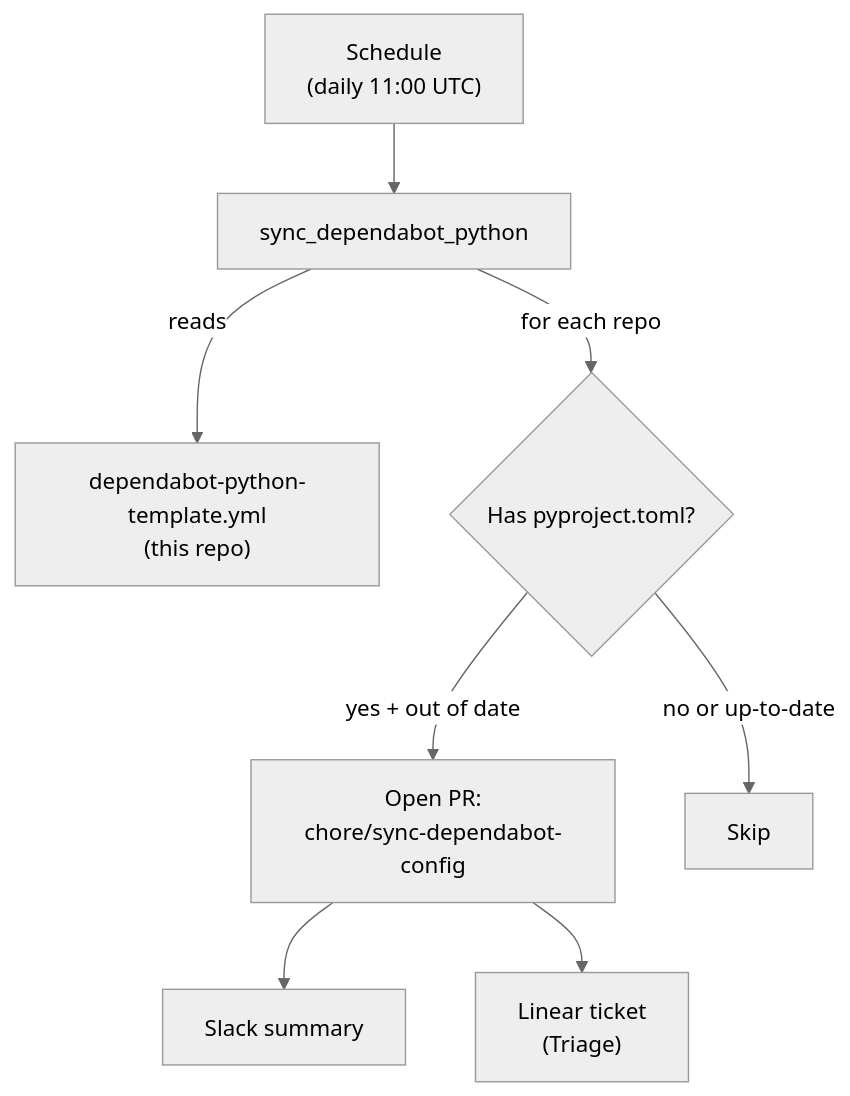
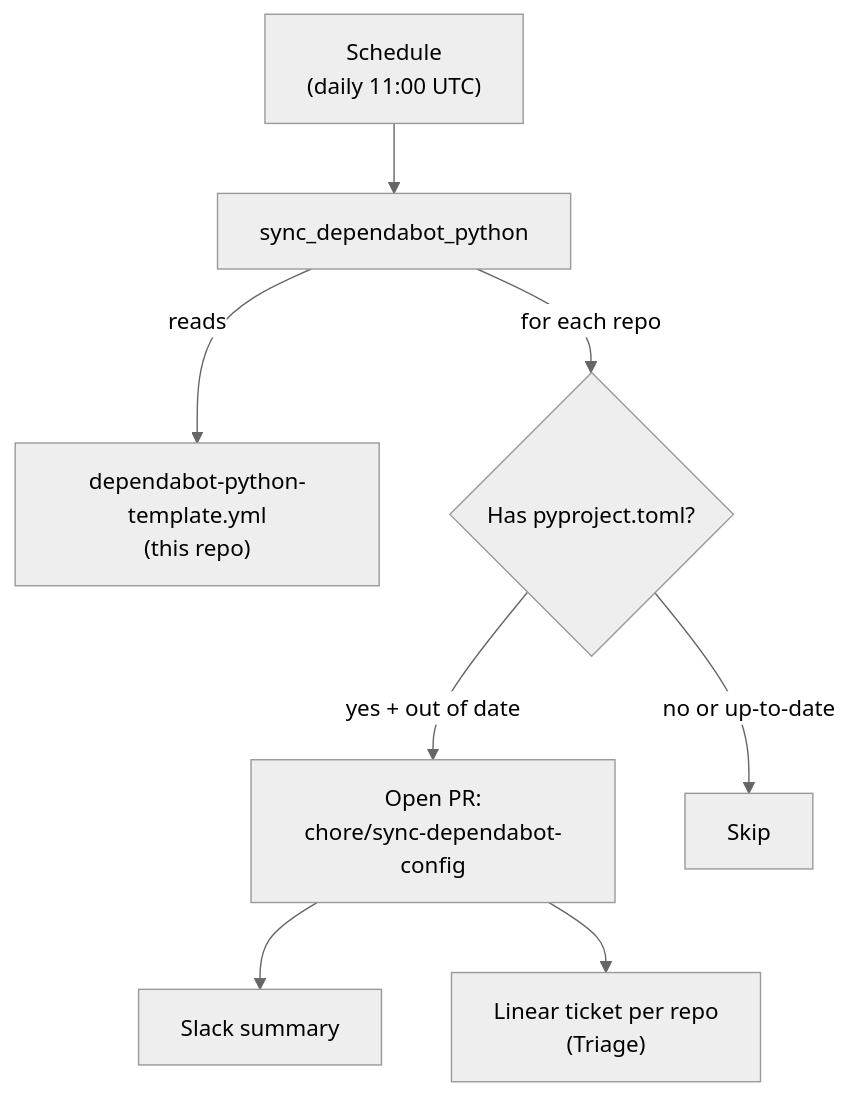
The fourth of 4 diagrams in README.md (amera-apps/.github), drawn with Mermaid (neutral theme) before and after one commit. The commit also changed other lines of this file and 1 other file, not shown here.

Commit message:
feat(ci): create one Linear ticket per repo instead of a summary
Why this change was needed:
The single summary ticket listing all PRs made it hard to assign
review work to different team members by repo. Splitting into
per-repo tickets enables direct assignment in Triage.

What changed:
- Replaced the single Linear API call with a loop that creates one
  ticket per repo, each titled with the repo name
- Ticket body explains what the workflow did, links the PR, and
  directs the assignee to contact @naurasj with issues
- Fixed stale "weekly" reference — the cron runs daily
- Updated README Mermaid diagram and how-it-works to reflect
  per-repo ticket creation

````diff
--- a/README.md
+++ b/README.md
@@ -136,10 +136,10 @@
 ```mermaid
 graph TD
     Cron["Schedule\n(daily 11:00 UTC)"] --> Sync[sync_dependabot_python]
     Sync -->|"reads"| Template["dependabot-python-template.yml\n(this repo)"]
     Sync -->|"for each repo"| Check{"Has pyproject.toml?"}
     Check -->|"yes + out of date"| PR["Open PR:\nchore/sync-dependabot-config"]
     Check -->|"no or up-to-date"| Skip[Skip]
     PR --> Slack["Slack summary"]
-    PR --> Linear["Linear ticket\n(Triage)"]
+    PR --> Linear["Linear ticket per repo\n(Triage)"]
 ```
````
